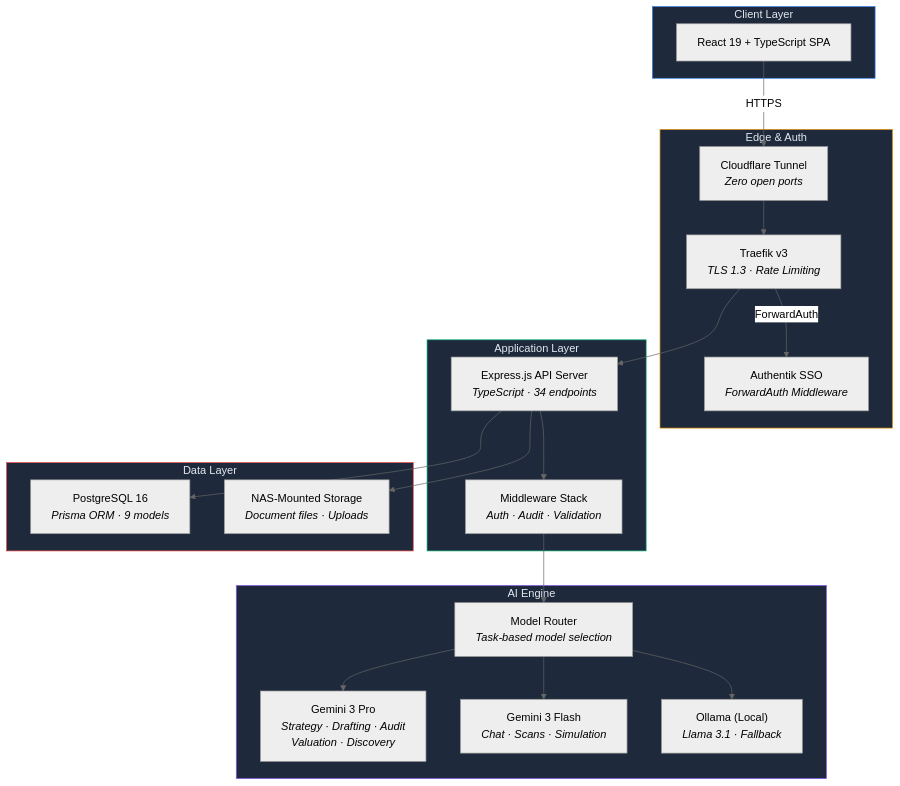
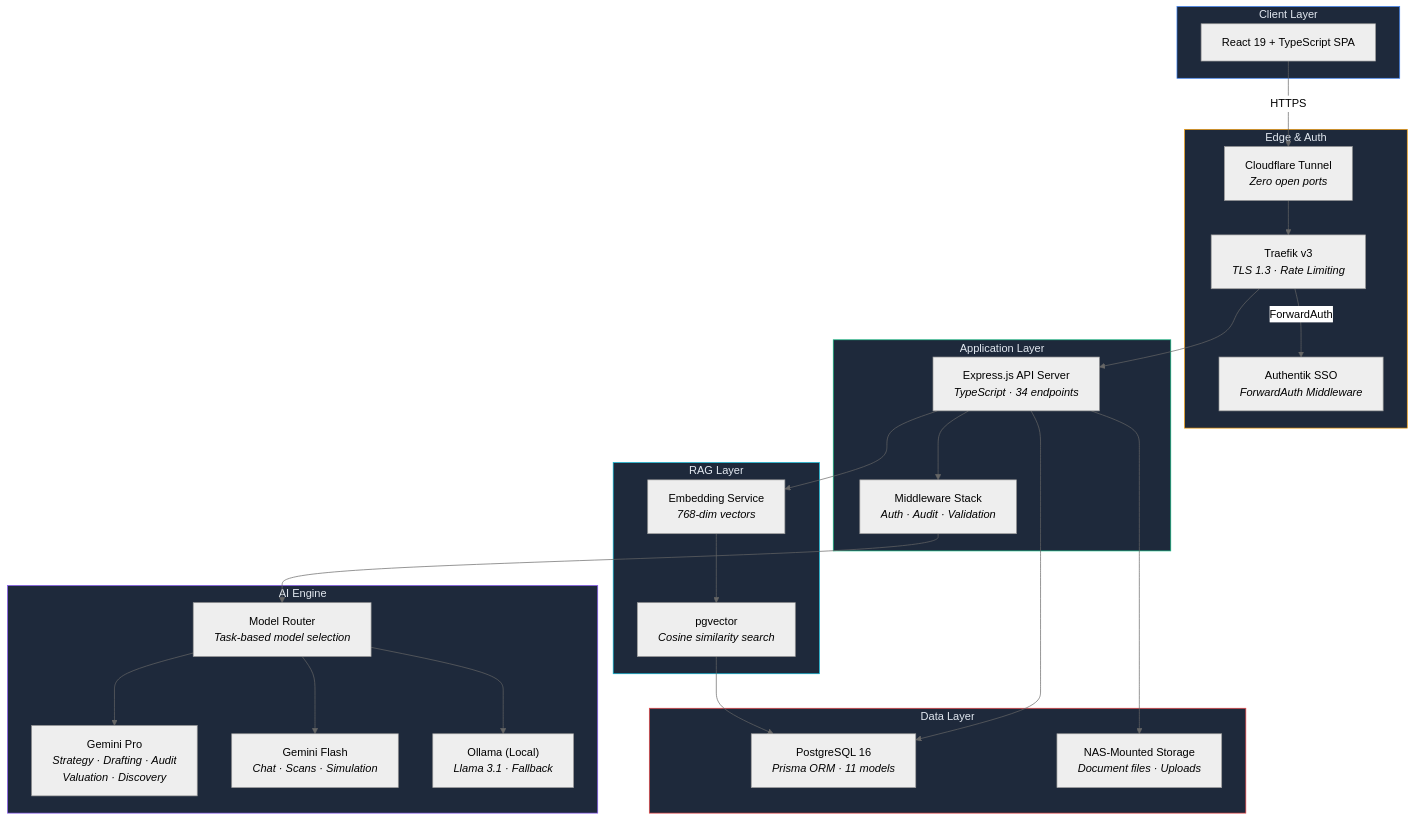
Before and after one commit to EolaFam1828/AetherLegalIntelligence: the first of 11 diagrams in ARCHITECTURE.md, drawn with Mermaid (neutral theme). The commit also changed other lines of this file and 15 other files, not shown here.

````diff
--- a/ARCHITECTURE.md
+++ b/ARCHITECTURE.md
@@ -11,42 +11,50 @@
 ```mermaid
 flowchart TB
     subgraph CLIENT["Client Layer"]
         UI["React 19 + TypeScript SPA"]
     end
 
     subgraph EDGE["Edge & Auth"]
         CF["Cloudflare Tunnel<br/><i>Zero open ports</i>"]
         TF["Traefik v3<br/><i>TLS 1.3 · Rate Limiting</i>"]
         AK["Authentik SSO<br/><i>ForwardAuth Middleware</i>"]
     end
 
     subgraph API["Application Layer"]
         EX["Express.js API Server<br/><i>TypeScript · 34 endpoints</i>"]
         MW["Middleware Stack<br/><i>Auth · Audit · Validation</i>"]
     end
 
     subgraph AI["AI Engine"]
         RT["Model Router<br/><i>Task-based model selection</i>"]
-        G3P["Gemini 3 Pro<br/><i>Strategy · Drafting · Audit<br/>Valuation · Discovery</i>"]
-        G3F["Gemini 3 Flash<br/><i>Chat · Scans · Simulation</i>"]
+        G3P["Gemini Pro<br/><i>Strategy · Drafting · Audit<br/>Valuation · Discovery</i>"]
+        G3F["Gemini Flash<br/><i>Chat · Scans · Simulation</i>"]
         OL["Ollama (Local)<br/><i>Llama 3.1 · Fallback</i>"]
     end
 
+    subgraph VECTOR["RAG Layer"]
+        EMB["Embedding Service<br/><i>768-dim vectors</i>"]
+        PGV["pgvector<br/><i>Cosine similarity search</i>"]
+    end
+
     subgraph DATA["Data Layer"]
-        PG["PostgreSQL 16<br/><i>Prisma ORM · 9 models</i>"]
+        PG["PostgreSQL 16<br/><i>Prisma ORM · 11 models</i>"]
         FS["NAS-Mounted Storage<br/><i>Document files · Uploads</i>"]
     end
 
     UI -->|HTTPS| CF --> TF
     TF -->|ForwardAuth| AK
     TF --> EX
     EX --> MW --> RT
     RT --> G3P & G3F & OL
+    EX --> EMB --> PGV
+    PGV --> PG
     EX --> PG & FS
 
     style CLIENT fill:#1e293b,stroke:#3b82f6,color:#e2e8f0
     style EDGE fill:#1e293b,stroke:#f59e0b,color:#e2e8f0
     style API fill:#1e293b,stroke:#10b981,color:#e2e8f0
     style AI fill:#1e293b,stroke:#8b5cf6,color:#e2e8f0
+    style VECTOR fill:#1e293b,stroke:#06b6d4,color:#e2e8f0
     style DATA fill:#1e293b,stroke:#ef4444,color:#e2e8f0
 ```
````
